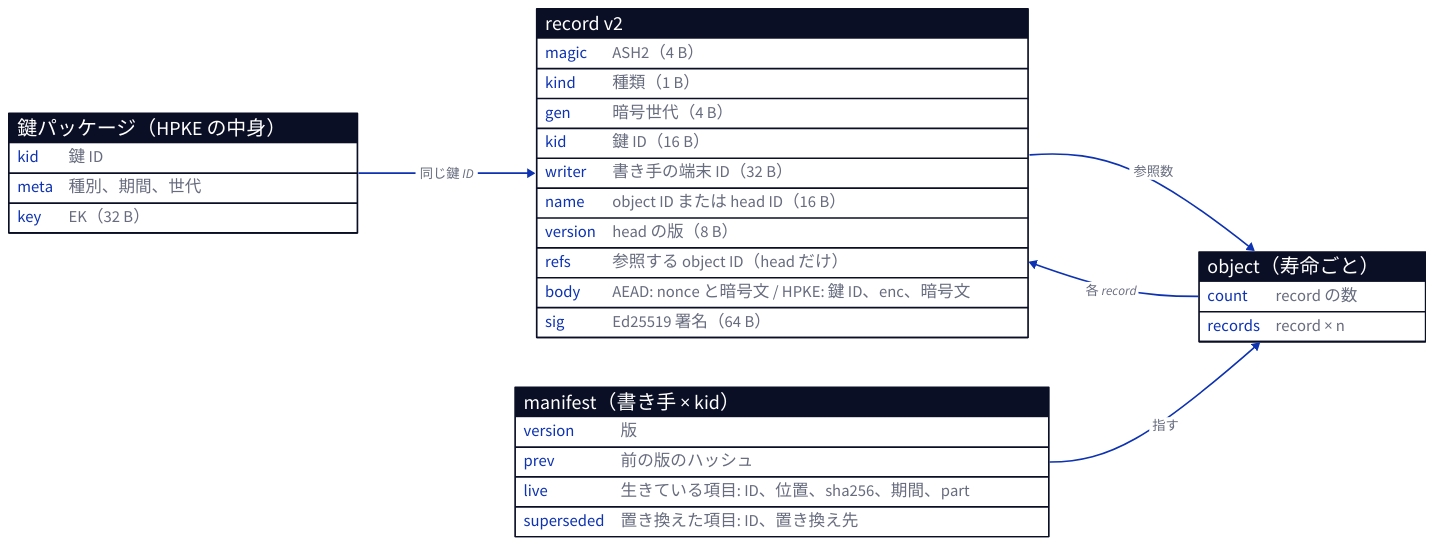
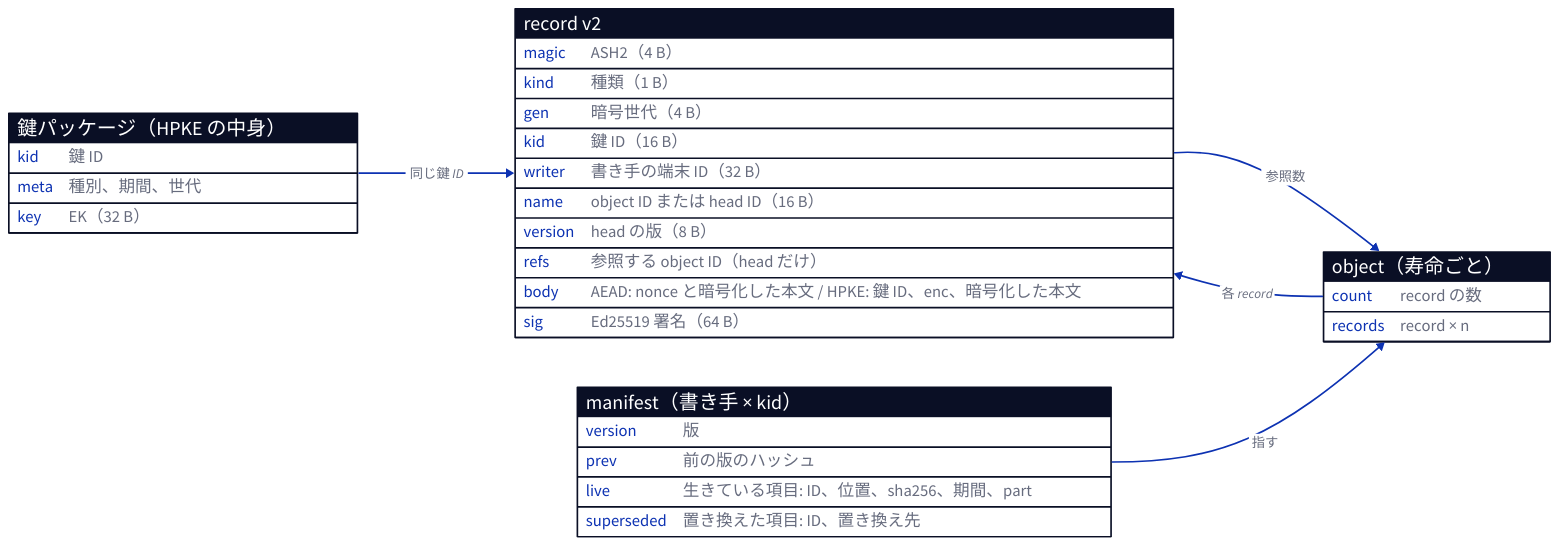
Before and after one commit to sksat/ashidori: the diagram in docs/diagrams/key-blob-layout.d2, drawn with D2. The commit also changed 26 other files, not shown here.

```diff
--- a/docs/diagrams/key-blob-layout.d2
+++ b/docs/diagrams/key-blob-layout.d2
@@ -1,42 +1,42 @@
 # record、object、manifest、鍵パッケージの形式（docs/design/key-hierarchy.md）
 direction: right
 
 record: "record v2" {
   shape: sql_table
   magic: "ASH2（4 B）"
   kind: "種類（1 B）"
   gen: "暗号世代（4 B）"
   kid: "鍵 ID（16 B）"
   writer: "書き手の端末 ID（32 B）"
   name: "object ID または head ID（16 B）"
   version: "head の版（8 B）"
   refs: "参照する object ID（head だけ）"
-  body: "AEAD: nonce と暗号文 / HPKE: 鍵 ID、enc、暗号文"
+  body: "AEAD: nonce と暗号化した本文 / HPKE: 鍵 ID、enc、暗号化した本文"
   sig: "Ed25519 署名（64 B）"
 }
 
 object: "object（寿命ごと）" {
   shape: sql_table
   count: "record の数"
   records: "record × n"
 }
 
 manifest: "manifest（書き手 × kid）" {
   shape: sql_table
   version: 版
   prev: 前の版のハッシュ
   live: "生きている項目: ID、位置、sha256、期間、part"
   superseded: "置き換えた項目: ID、置き換え先"
 }
 
 kp: "鍵パッケージ（HPKE の中身）" {
   shape: sql_table
   kid: 鍵 ID
   meta: "種別、期間、世代"
   key: "EK（32 B）"
 }
 
 object.records -> record: 各 record
 record.refs -> object: 参照数
 manifest.live -> object: 指す
 kp.kid -> record.kid: 同じ鍵 ID
```
